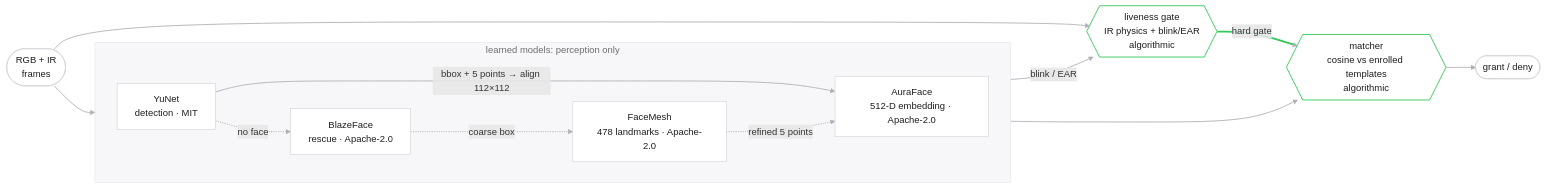
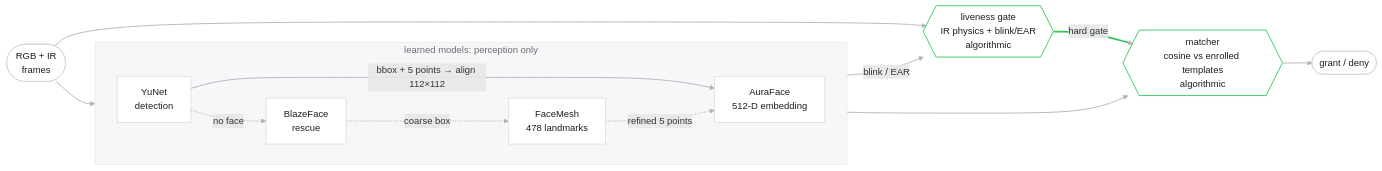
The second of 3 diagrams in docs/ARCHITECTURE.md (archledger/irlume), drawn with Mermaid before and after one commit.

Commit message:
docs: slim the model-pipeline diagram — licenses live in the table above

````diff
--- a/docs/ARCHITECTURE.md
+++ b/docs/ARCHITECTURE.md
@@ -77,31 +77,31 @@
 ```mermaid
 flowchart LR
     cap(["RGB + IR<br/>frames"])
     subgraph models["learned models: perception only"]
         direction LR
-        yunet["YuNet<br/>detection · MIT"]
-        blaze["BlazeFace<br/>rescue · Apache-2.0"]
-        mesh["FaceMesh<br/>478 landmarks · Apache-2.0"]
-        aura["AuraFace<br/>512-D embedding · Apache-2.0"]
+        yunet["YuNet<br/>detection"]
+        blaze["BlazeFace<br/>rescue"]
+        mesh["FaceMesh<br/>478 landmarks"]
+        aura["AuraFace<br/>512-D embedding"]
     end
     live{{"liveness gate<br/>IR physics + blink/EAR<br/>algorithmic"}}
     match{{"matcher<br/>cosine vs enrolled templates<br/>algorithmic"}}
     out(["grant / deny"])
     cap --> yunet
     yunet -->|"bbox + 5 points → align 112×112"| aura
     yunet -.->|"no face"| blaze
     blaze -.->|"coarse box"| mesh
     mesh -.->|"refined 5 points"| aura
     mesh -->|"blink / EAR"| live
     cap --> live
     live ==>|"hard gate"| match
     aura --> match
     match --> out
     classDef base fill:#ffffff,stroke:#d2d2d7,stroke-width:1px,color:#1d1d1f;
     classDef gate fill:#ffffff,stroke:#34c759,stroke-width:1.5px,color:#1d1d1f;
     class cap,yunet,blaze,mesh,aura,out base;
     class live,match gate;
     style models fill:#f7f7f9,stroke:#e5e5ea,color:#6e6e73;
     linkStyle default stroke:#b0b0b8,stroke-width:1.5px;
     linkStyle 7 stroke:#34c759,stroke-width:3px;
 ```
````
